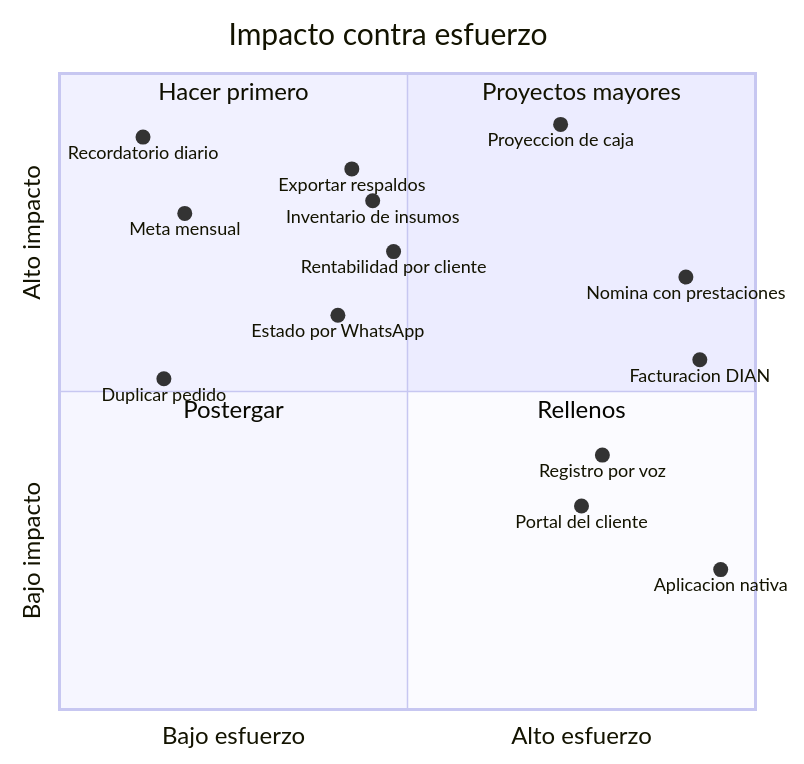
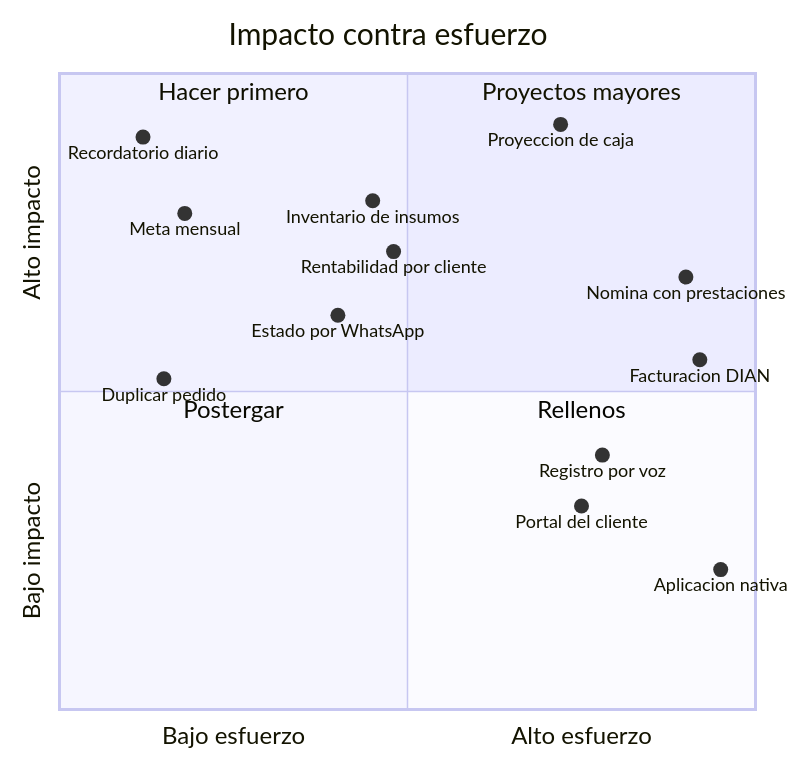
The diagram in docs/14-roadmap-e-ideas.md (Juanchope039/Finanzas-PRISMA), drawn with Mermaid before and after one commit. The commit also changed other lines of this file and 18 other files, not shown here.

````diff
--- a/docs/14-roadmap-e-ideas.md
+++ b/docs/14-roadmap-e-ideas.md
@@ -87,23 +96,22 @@
 ```mermaid
 quadrantChart
     title Impacto contra esfuerzo
     x-axis "Bajo esfuerzo" --> "Alto esfuerzo"
     y-axis "Bajo impacto" --> "Alto impacto"
     quadrant-1 "Proyectos mayores"
     quadrant-2 "Hacer primero"
     quadrant-3 "Postergar"
     quadrant-4 "Rellenos"
     "Recordatorio diario": [0.12, 0.90]
     "Meta mensual": [0.18, 0.78]
-    "Exportar respaldos": [0.42, 0.85]
     "Inventario de insumos": [0.45, 0.80]
     "Proyeccion de caja": [0.72, 0.92]
     "Rentabilidad por cliente": [0.48, 0.72]
     "Estado por WhatsApp": [0.40, 0.62]
     "Duplicar pedido": [0.15, 0.52]
     "Facturacion DIAN": [0.92, 0.55]
     "Nomina con prestaciones": [0.90, 0.68]
     "Registro por voz": [0.78, 0.40]
     "Aplicacion nativa": [0.95, 0.22]
     "Portal del cliente": [0.75, 0.32]
 ```
````
